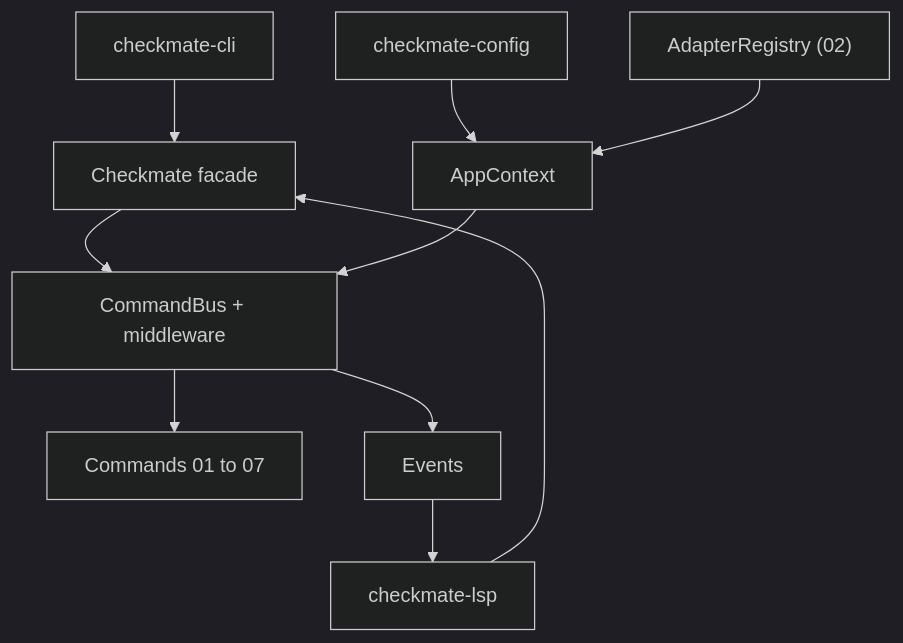
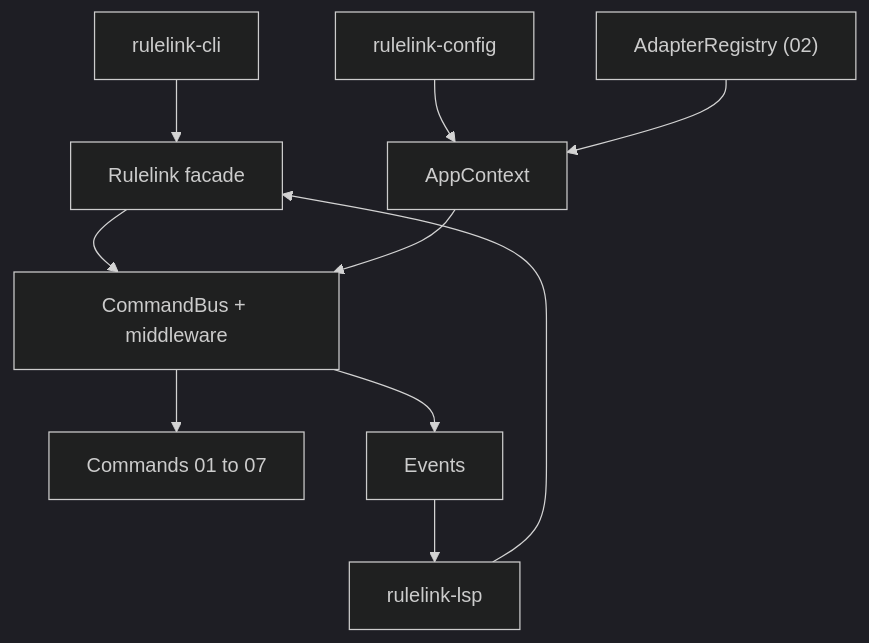
The sixth of 6 diagrams in docs/architecture/09-project-configuration.md (E-Jacques/Rulelink), drawn with Mermaid (dark theme) before and after one commit. The commit also changed other lines of this file and 126 other files, not shown here.

First line of the commit message:
chore: rename the project from Checkmate to Rulelink (#6)

````diff
--- a/docs/architecture/09-project-configuration.md
+++ b/docs/architecture/09-project-configuration.md
@@ -330,12 +330,12 @@
 ```mermaid
 flowchart TB
-    CLI["checkmate-cli"] --> FAC["Checkmate facade"]
-    LSP["checkmate-lsp"] --> FAC
+    CLI["rulelink-cli"] --> FAC["Rulelink facade"]
+    LSP["rulelink-lsp"] --> FAC
     FAC --> BUS["CommandBus + middleware"]
     BUS --> CMDS["Commands 01 to 07"]
     BUS --> EVT["Events"]
     EVT --> LSP
-    CFG["checkmate-config"] --> CTX["AppContext"]
+    CFG["rulelink-config"] --> CTX["AppContext"]
     CTX --> BUS
     AR["AdapterRegistry (02)"] --> CTX
 ```
````
